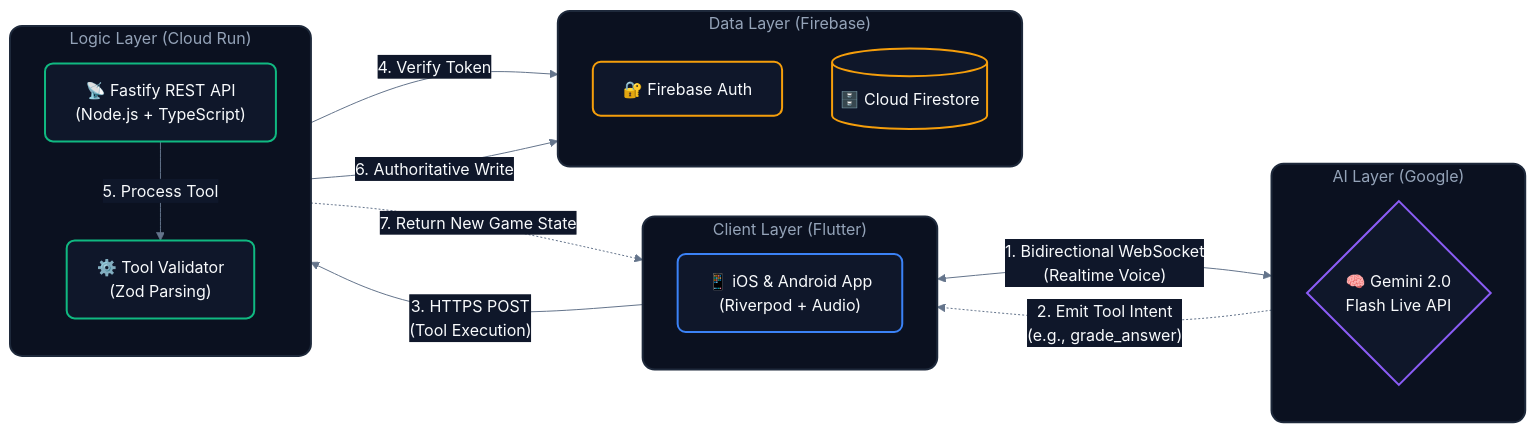
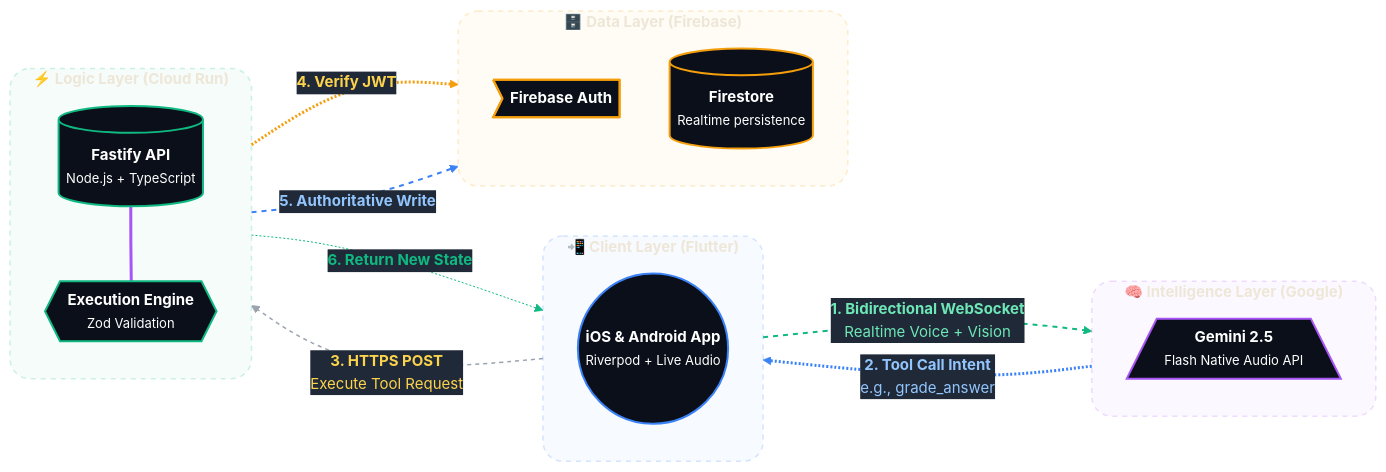
The diagram in docs/assets/architecture.mmd (AmirmLotfy/mimz), drawn with Mermaid before and after one commit. The commit also changed 252 other files, not shown here.

First line of the commit message:
chore: sync repo — README (reproducible testing, GCP proof), app/backend/docs/scripts, icons, new features

```diff
--- a/docs/assets/architecture.mmd
+++ b/docs/assets/architecture.mmd
@@ -1,66 +1,73 @@
 %%{init: {
   'theme': 'base',
   'themeVariables': {
-    'primaryColor': '#1E293B',
-    'primaryTextColor': '#F8FAFC',
-    'primaryBorderColor': '#334155',
-    'lineColor': '#64748B',
-    'secondaryColor': '#0F172A',
-    'tertiaryColor': '#020617',
-    'clusterBkg': '#0B1120',
-    'clusterBorder': '#1E293B',
-    'nodeBorder': '#334155',
-    'mainBkg': '#020617',
-    'fontSize': '16px',
+    'primaryColor': '#111827',
+    'primaryTextColor': '#F9FAFB',
+    'primaryBorderColor': '#374151',
+    'lineColor': '#6B7280',
+    'secondaryColor': '#1F2937',
+    'tertiaryColor': '#111827',
+    'clusterBkg': 'transparent',
+    'clusterBorder': 'rgba(255,255,255,0.1)',
+    'nodeBorder': '#374151',
+    'mainBkg': 'transparent',
+    'fontSize': '15px',
     'fontFamily': 'Inter, system-ui, sans-serif'
   }
 }}%%
 flowchart LR
-    subgraph Client ["Client Layer (Flutter)"]
+
+    classDef client fill:#0B0F19,stroke:#3B82F6,stroke-width:2px,color:#FFFFFF,rx:12,ry:12;
+    classDef ai fill:#0B0F19,stroke:#A855F7,stroke-width:2px,color:#FFFFFF,rx:12,ry:12;
+    classDef backend fill:#0B0F19,stroke:#10B981,stroke-width:2px,color:#FFFFFF,rx:12,ry:12;
+    classDef data fill:#0B0F19,stroke:#F59E0B,stroke-width:2px,color:#FFFFFF,rx:12,ry:12;
+    
+    style Client fill:#3B82F60A,stroke:#3B82F633,stroke-width:1.5px,rx:20,ry:20,stroke-dasharray: 5 5
+    style Intelligence fill:#A855F70A,stroke:#A855F733,stroke-width:1.5px,rx:20,ry:20,stroke-dasharray: 5 5
+    style Backend fill:#10B9810A,stroke:#10B98133,stroke-width:1.5px,rx:20,ry:20,stroke-dasharray: 5 5
+    style Data fill:#F59E0B0A,stroke:#F59E0B33,stroke-width:1.5px,rx:20,ry:20,stroke-dasharray: 5 5
+
+    subgraph Client ["<b>📲 Client Layer (Flutter)</b>"]
         direction TB
-        App["📱 iOS & Android App<br/>(Riverpod + Audio)"]
+        App(("<b>iOS & Android App</b><br/><span style='font-size:13px;color:#9CA3AF;font-weight:400'>Riverpod + Live Audio</span>"))
     end
 
-    subgraph Intelligence ["AI Layer (Google)"]
+    subgraph Intelligence ["<b>🧠 Intelligence Layer (Google)</b>"]
         direction TB
-        Gemini{"🧠 Gemini 2.0<br/>Flash Live API"}
+        Gemini[/"<b>Gemini 2.5</b><br/><span style='font-size:13px;color:#9CA3AF;font-weight:400'>Flash Native Audio API</span>"\]
     end
 
-    subgraph Backend ["Logic Layer (Cloud Run)"]
+    subgraph Backend ["<b>⚡ Logic Layer (Cloud Run)</b>"]
         direction TB
-        API["📡 Fastify REST API<br/>(Node.js + TypeScript)"]
-        Tools["⚙️ Tool Validator<br/>(Zod Parsing)"]
+        API[("<b>Fastify API</b><br/><span style='font-size:13px;color:#9CA3AF;font-weight:400'>Node.js + TypeScript</span>")]
+        Tools{{"<b>Execution Engine</b><br/><span style='font-size:13px;color:#9CA3AF;font-weight:400'>Zod Validation</span>"}}
+        API --- Tools
     end
 
-    subgraph Data ["Data Layer (Firebase)"]
+    subgraph Data ["<b>🗄️ Data Layer (Firebase)</b>"]
         direction TB
-        Auth["🔐 Firebase Auth"]
-        DB[("🗄️ Cloud Firestore")]
+        Auth>"<b>Firebase Auth</b>"]
+        DB[("<b>Firestore</b><br/><span style='font-size:13px;color:#9CA3AF;font-weight:400'>Realtime persistence</span>")]
     end
 
-    %% Communication Flows
-    App <-->|"1. Bidirectional WebSocket<br/>(Realtime Voice)"| Gemini
-    Gemini -.->|"2. Emit Tool Intent<br/>(e.g., grade_answer)"| App
+    App -->|"<b>1. Bidirectional WebSocket</b><br/>Realtime Voice + Vision"| Gemini
+    Gemini -.->|"<b>2. Tool Call Intent</b><br/>e.g., grade_answer"| App
     
-    App -->|"3. HTTPS POST<br/>(Tool Execution)"| API
+    App -->|"<b>3. HTTPS POST</b><br/>Execute Tool Request"| API
     
-    API -->|"4. Verify Token"| Auth
-    API -->|"5. Process Tool"| Tools
-    Tools -->|"6. Authoritative Write"| DB
-    Tools -.->|"7. Return New Game State"| App
+    API -.->|"<b>4. Verify JWT</b>"| Auth
+    Tools -->|"<b>5. Authoritative Write</b>"| DB
+    Tools -.->|"<b>6. Return New State</b>"| App
 
-    %% Enterprise Styling
-    classDef clientNode fill:#0F172A,stroke:#3B82F6,stroke-width:2px,color:#F8FAFC,rx:8,ry:8;
-    classDef aiNode fill:#0F172A,stroke:#8B5CF6,stroke-width:2px,color:#F8FAFC,rx:8,ry:8;
-    classDef backendNode fill:#0F172A,stroke:#10B981,stroke-width:2px,color:#F8FAFC,rx:8,ry:8;
-    classDef dataNode fill:#0F172A,stroke:#F59E0B,stroke-width:2px,color:#F8FAFC,rx:8,ry:8;
-
-    class App clientNode;
-    class Gemini aiNode;
-    class API,Tools backendNode;
-    class Auth,DB dataNode;
-
-    style Client fill:#0B1120,stroke:#1E293B,stroke-width:2px,color:#94A3B8,rx:12,ry:12
-    style Intelligence fill:#0B1120,stroke:#1E293B,stroke-width:2px,color:#94A3B8,rx:12,ry:12
-    style Backend fill:#0B1120,stroke:#1E293B,stroke-width:2px,color:#94A3B8,rx:12,ry:12
-    style Data fill:#0B1120,stroke:#1E293B,stroke-width:2px,color:#94A3B8,rx:12,ry:12
+    class App client
+    class Gemini ai
+    class API,Tools backend
+    class Auth,DB data
+    
+    linkStyle 0 stroke:#A855F7,stroke-width:3px,fill:none,color:#A855F7
+    linkStyle 1 stroke:#10B981,stroke-width:2px,stroke-dasharray: 5 5,fill:none,color:#6EE7B7
+    linkStyle 2 stroke:#3B82F6,stroke-width:3px,fill:none,color:#93C5FD
+    linkStyle 3 stroke:#9CA3AF,stroke-width:1.5px,stroke-dasharray: 4 4,fill:none,color:#FCD34D
+    linkStyle 4 stroke:#F59E0B,stroke-width:3px,fill:none,color:#FCD34D
+    linkStyle 5 stroke:#3B82F6,stroke-width:2px,stroke-dasharray: 5 5,fill:none,color:#93C5FD
+    linkStyle 6 stroke:#10B981,stroke-width:1px,fill:none,color:#10B981
```
